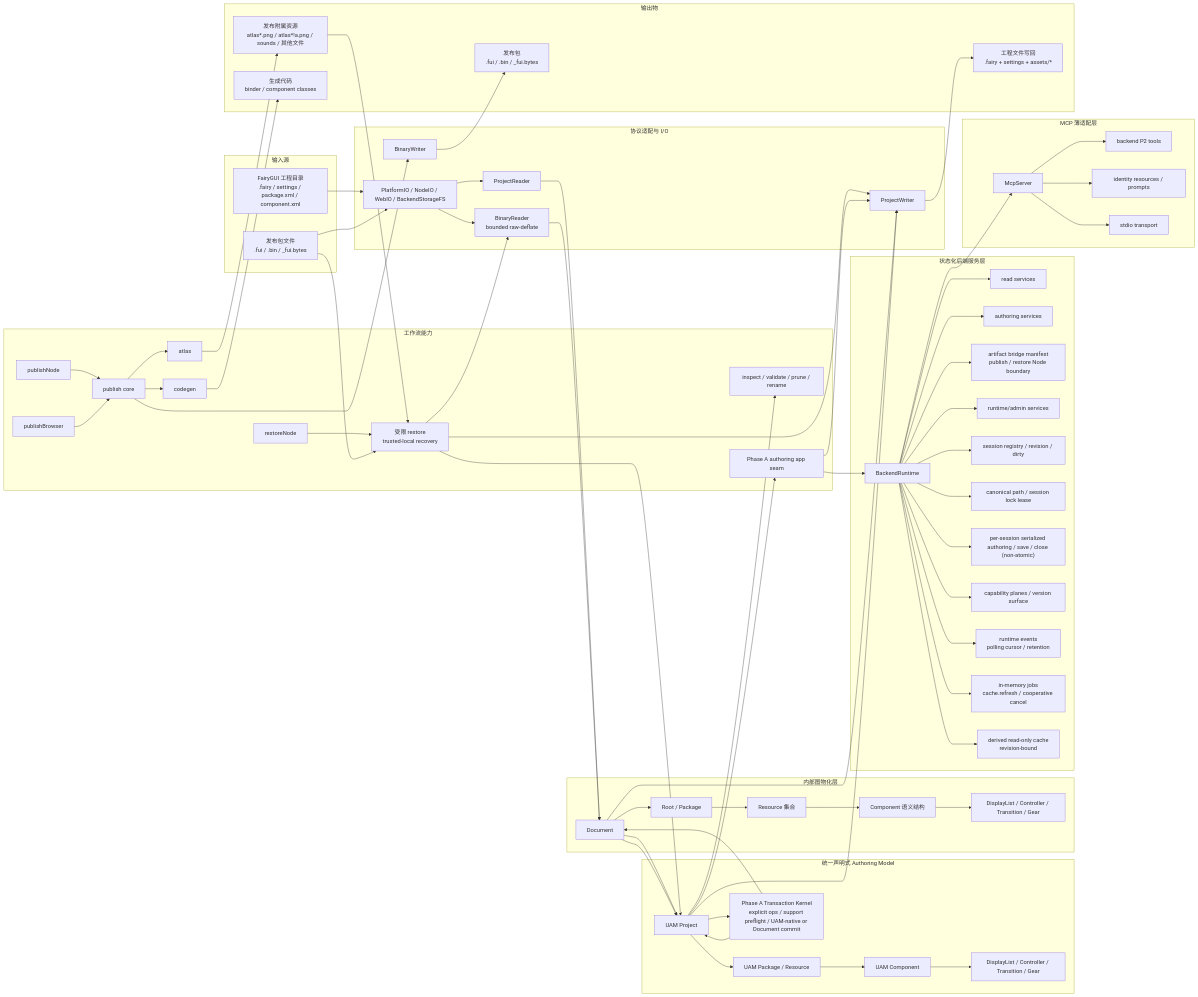
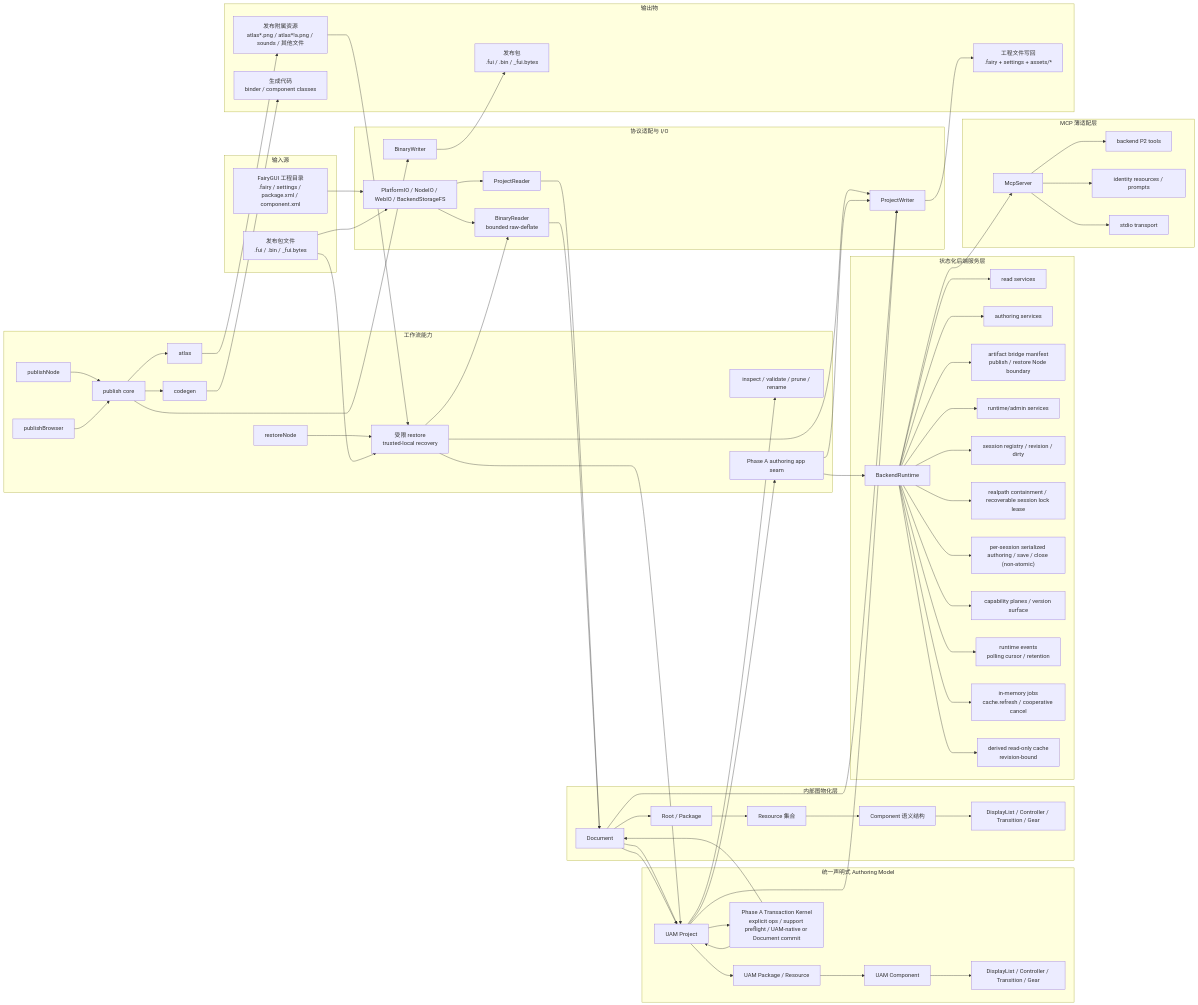
Before and after one commit to OpenFairyGUI/OpenFairyGUI: the first of 2 diagrams in docs/architecture-overview.md, drawn with Mermaid. The commit also changed other lines of this file and 15 other files, not shown here.

```diff
--- a/docs/architecture-overview.md
+++ b/docs/architecture-overview.md
@@ -62,7 +62,7 @@
         AR["artifact bridge manifest<br/>publish / restore Node boundary"]
         RU["runtime/admin services"]
         SS["session registry / revision / dirty"]
-        LK["canonical path / session lock lease"]
+        LK["realpath containment / recoverable session lock lease"]
         SV["per-session serialized authoring / save / close (non-atomic)"]
         CAP["capability planes / version surface"]
         EV["runtime events<br/>polling cursor / retention"]
```
